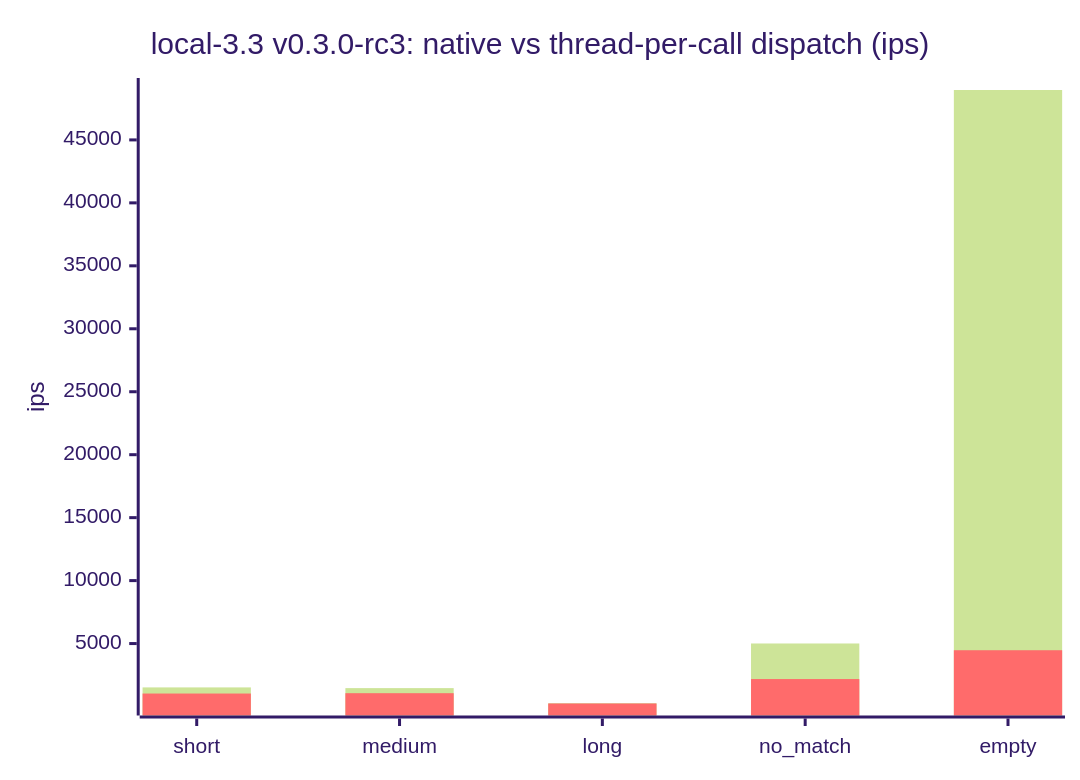
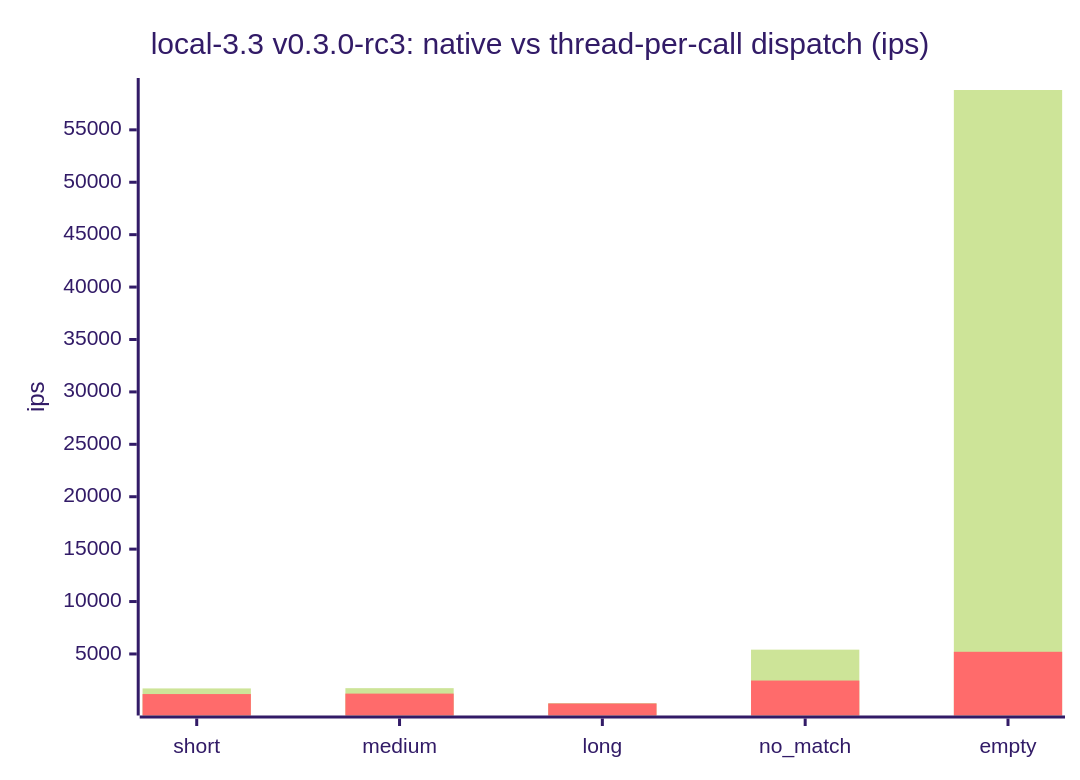
Before and after one commit to cpb/duckling: the third of 7 diagrams in docs/benchmarks/README.md, drawn with Mermaid (forest theme). The commit also changed other lines of this file and 4 other files, not shown here.

````diff
--- a/docs/benchmarks/README.md
+++ b/docs/benchmarks/README.md
@@ -128,8 +128,8 @@
 ```mermaid
 xychart-beta
     title "local-3.3 v0.3.0-rc3: native vs thread-per-call dispatch (ips)"
     x-axis [short, medium, long, no_match, empty]
     y-axis "ips"
-    bar "native" [1517.9, 1461.3, 261.4, 5006.8, 48963.7]
-    bar "thread-per-call" [1030.7, 1057.5, 239.6, 2179.9, 4469.7]
+    bar "native" [1712.3, 1737.4, 305.6, 5410.4, 58800.5]
+    bar "thread-per-call" [1175.1, 1217.2, 273.9, 2464.0, 5206.5]
 ```
````
